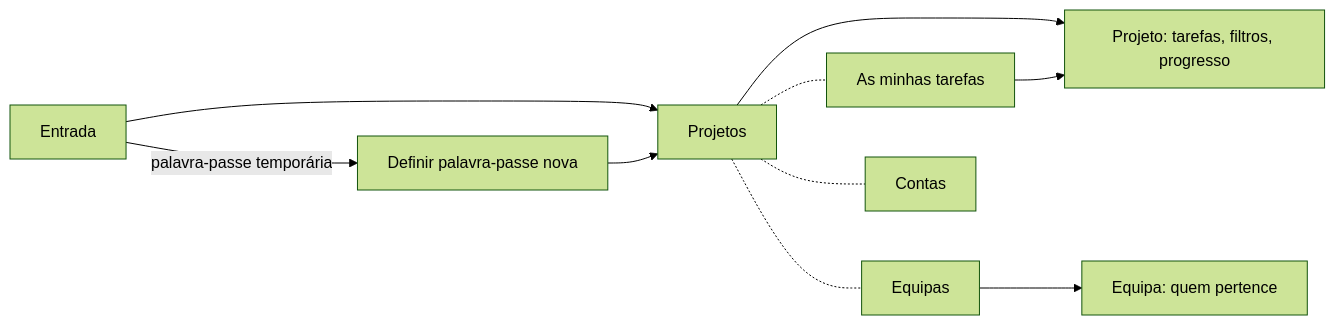
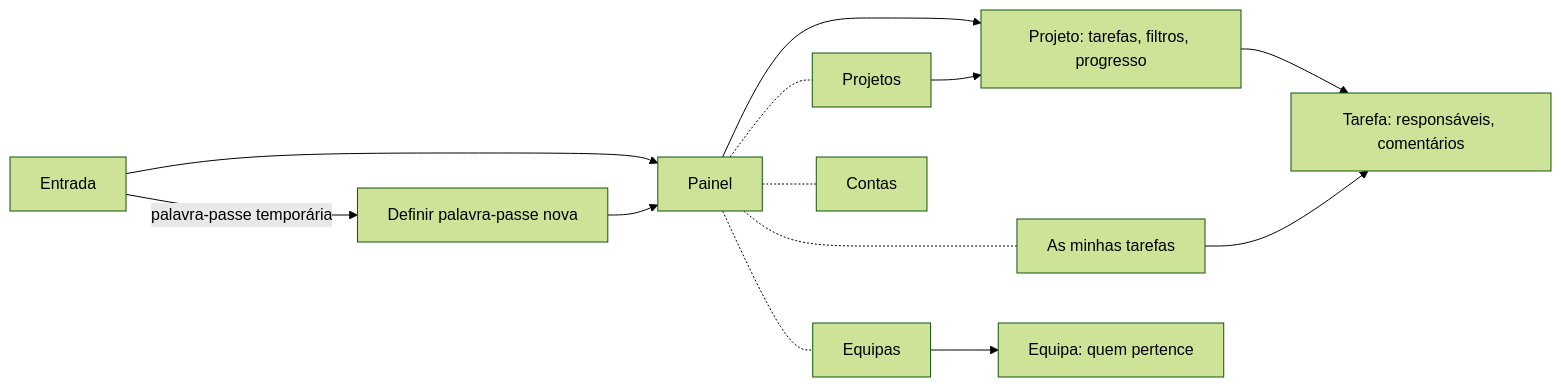
One commit to vapreace/ai-power-software-engineering-matrix changed the diagram in docs/ui/README.md. Above: the diagram before and after it, drawn with Mermaid (forest theme). The commit also changed other lines of this file and 11 other files, not shown here.

````diff
--- a/docs/ui/README.md
+++ b/docs/ui/README.md
@@ -35,13 +36,16 @@
 ```mermaid
 flowchart LR
-    E["Entrada"] --> P["Projetos"]
+    E["Entrada"] --> H["Painel"]
     E -- "palavra-passe temporária" --> N["Definir palavra-passe nova"]
-    N --> P
-    P --> D["Projeto: tarefas, filtros, progresso"]
-    M["As minhas tarefas"] --> D
+    N --> H
+    H --> D["Projeto: tarefas, filtros, progresso"]
+    P["Projetos"] --> D
+    D --> T["Tarefa: responsáveis, comentários"]
+    M["As minhas tarefas"] --> T
     Q["Equipas"] --> QE["Equipa: quem pertence"]
     C["Contas"]
-    P -.- M
-    P -.- Q
-    P -.- C
+    H -.- P
+    H -.- M
+    H -.- Q
+    H -.- C
 ```
````
